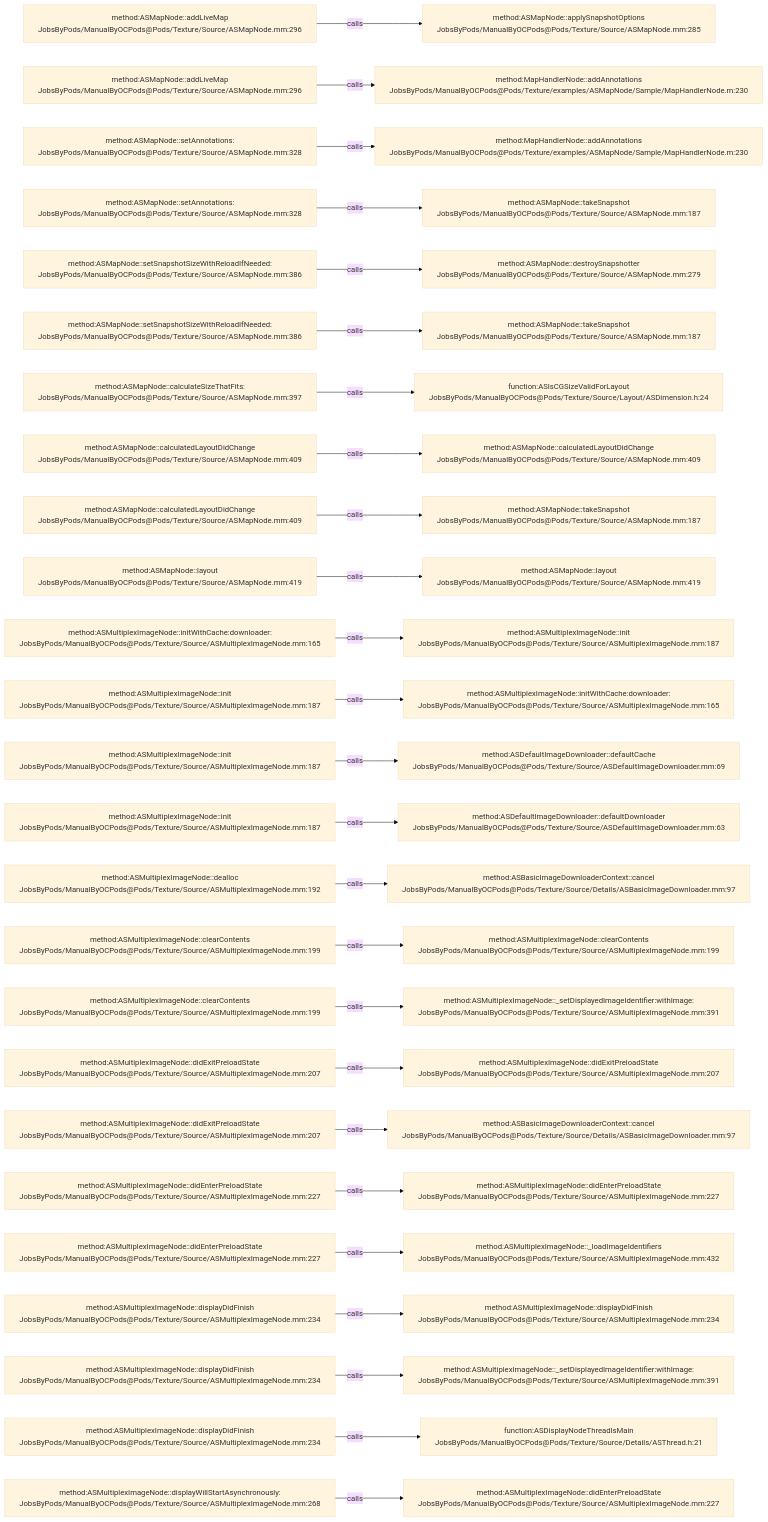
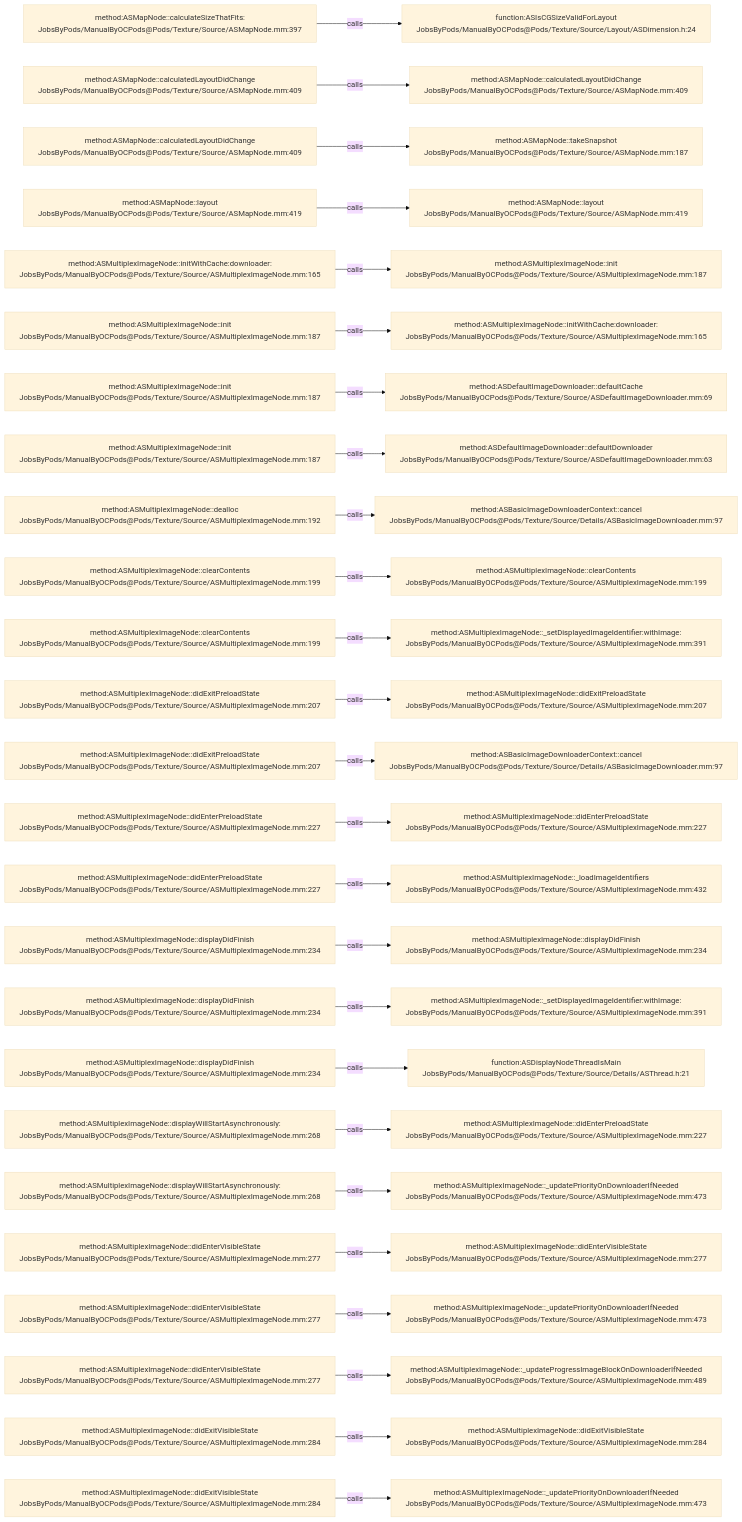
One commit to JobsKits/JobsOCBaseConfigDemo changed the diagram in .codegraph/codegraph.md/graphs/calls-106.md. Above: the diagram before and after it, drawn with Mermaid (base theme). The commit also changed 666 other files, not shown here.

````diff
--- a/.codegraph/codegraph.md/graphs/calls-106.md
+++ b/.codegraph/codegraph.md/graphs/calls-106.md
@@ -13,78 +13,78 @@
 ```mermaid
 flowchart LR
-  S1["method:ASMapNode::addLiveMap<br/>JobsByPods/ManualByOCPods@Pods/Texture/Source/ASMapNode.mm:296"]
-  T1["method:ASMapNode::applySnapshotOptions<br/>JobsByPods/ManualByOCPods@Pods/Texture/Source/ASMapNode.mm:285"]
+  S1["method:ASMapNode::calculateSizeThatFits:<br/>JobsByPods/ManualByOCPods@Pods/Texture/Source/ASMapNode.mm:397"]
+  T1["function:ASIsCGSizeValidForLayout<br/>JobsByPods/ManualByOCPods@Pods/Texture/Source/Layout/ASDimension.h:24"]
   S1 -->|calls| T1
-  S2["method:ASMapNode::addLiveMap<br/>JobsByPods/ManualByOCPods@Pods/Texture/Source/ASMapNode.mm:296"]
-  T2["method:MapHandlerNode::addAnnotations<br/>JobsByPods/ManualByOCPods@Pods/Texture/examples/ASMapNode/Sample/MapHandlerNode.m:230"]
+  S2["method:ASMapNode::calculatedLayoutDidChange<br/>JobsByPods/ManualByOCPods@Pods/Texture/Source/ASMapNode.mm:409"]
+  T2["method:ASMapNode::calculatedLayoutDidChange<br/>JobsByPods/ManualByOCPods@Pods/Texture/Source/ASMapNode.mm:409"]
   S2 -->|calls| T2
-  S3["method:ASMapNode::setAnnotations:<br/>JobsByPods/ManualByOCPods@Pods/Texture/Source/ASMapNode.mm:328"]
-  T3["method:MapHandlerNode::addAnnotations<br/>JobsByPods/ManualByOCPods@Pods/Texture/examples/ASMapNode/Sample/MapHandlerNode.m:230"]
+  S3["method:ASMapNode::calculatedLayoutDidChange<br/>JobsByPods/ManualByOCPods@Pods/Texture/Source/ASMapNode.mm:409"]
+  T3["method:ASMapNode::takeSnapshot<br/>JobsByPods/ManualByOCPods@Pods/Texture/Source/ASMapNode.mm:187"]
   S3 -->|calls| T3
-  S4["method:ASMapNode::setAnnotations:<br/>JobsByPods/ManualByOCPods@Pods/Texture/Source/ASMapNode.mm:328"]
-  T4["method:ASMapNode::takeSnapshot<br/>JobsByPods/ManualByOCPods@Pods/Texture/Source/ASMapNode.mm:187"]
+  S4["method:ASMapNode::layout<br/>JobsByPods/ManualByOCPods@Pods/Texture/Source/ASMapNode.mm:419"]
+  T4["method:ASMapNode::layout<br/>JobsByPods/ManualByOCPods@Pods/Texture/Source/ASMapNode.mm:419"]
   S4 -->|calls| T4
-  S5["method:ASMapNode::setSnapshotSizeWithReloadIfNeeded:<br/>JobsByPods/ManualByOCPods@Pods/Texture/Source/ASMapNode.mm:386"]
-  T5["method:ASMapNode::destroySnapshotter<br/>JobsByPods/ManualByOCPods@Pods/Texture/Source/ASMapNode.mm:279"]
+  S5["method:ASMultiplexImageNode::initWithCache:downloader:<br/>JobsByPods/ManualByOCPods@Pods/Texture/Source/ASMultiplexImageNode.mm:165"]
+  T5["method:ASMultiplexImageNode::init<br/>JobsByPods/ManualByOCPods@Pods/Texture/Source/ASMultiplexImageNode.mm:187"]
   S5 -->|calls| T5
-  S6["method:ASMapNode::setSnapshotSizeWithReloadIfNeeded:<br/>JobsByPods/ManualByOCPods@Pods/Texture/Source/ASMapNode.mm:386"]
-  T6["method:ASMapNode::takeSnapshot<br/>JobsByPods/ManualByOCPods@Pods/Texture/Source/ASMapNode.mm:187"]
+  S6["method:ASMultiplexImageNode::init<br/>JobsByPods/ManualByOCPods@Pods/Texture/Source/ASMultiplexImageNode.mm:187"]
+  T6["method:ASMultiplexImageNode::initWithCache:downloader:<br/>JobsByPods/ManualByOCPods@Pods/Texture/Source/ASMultiplexImageNode.mm:165"]
   S6 -->|calls| T6
-  S7["method:ASMapNode::calculateSizeThatFits:<br/>JobsByPods/ManualByOCPods@Pods/Texture/Source/ASMapNode.mm:397"]
-  T7["function:ASIsCGSizeValidForLayout<br/>JobsByPods/ManualByOCPods@Pods/Texture/Source/Layout/ASDimension.h:24"]
+  S7["method:ASMultiplexImageNode::init<br/>JobsByPods/ManualByOCPods@Pods/Texture/Source/ASMultiplexImageNode.mm:187"]
+  T7["method:ASDefaultImageDownloader::defaultCache<br/>JobsByPods/ManualByOCPods@Pods/Texture/Source/ASDefaultImageDownloader.mm:69"]
   S7 -->|calls| T7
-  S8["method:ASMapNode::calculatedLayoutDidChange<br/>JobsByPods/ManualByOCPods@Pods/Texture/Source/ASMapNode.mm:409"]
-  T8["method:ASMapNode::calculatedLayoutDidChange<br/>JobsByPods/ManualByOCPods@Pods/Texture/Source/ASMapNode.mm:409"]
+  S8["method:ASMultiplexImageNode::init<br/>JobsByPods/ManualByOCPods@Pods/Texture/Source/ASMultiplexImageNode.mm:187"]
+  T8["method:ASDefaultImageDownloader::defaultDownloader<br/>JobsByPods/ManualByOCPods@Pods/Texture/Source/ASDefaultImageDownloader.mm:63"]
   S8 -->|calls| T8
-  S9["method:ASMapNode::calculatedLayoutDidChange<br/>JobsByPods/ManualByOCPods@Pods/Texture/Source/ASMapNode.mm:409"]
-  T9["method:ASMapNode::takeSnapshot<br/>JobsByPods/ManualByOCPods@Pods/Texture/Source/ASMapNode.mm:187"]
+  S9["method:ASMultiplexImageNode::dealloc<br/>JobsByPods/ManualByOCPods@Pods/Texture/Source/ASMultiplexImageNode.mm:192"]
+  T9["method:ASBasicImageDownloaderContext::cancel<br/>JobsByPods/ManualByOCPods@Pods/Texture/Source/Details/ASBasicImageDownloader.mm:97"]
   S9 -->|calls| T9
-  S10["method:ASMapNode::layout<br/>JobsByPods/ManualByOCPods@Pods/Texture/Source/ASMapNode.mm:419"]
-  T10["method:ASMapNode::layout<br/>JobsByPods/ManualByOCPods@Pods/Texture/Source/ASMapNode.mm:419"]
+  S10["method:ASMultiplexImageNode::clearContents<br/>JobsByPods/ManualByOCPods@Pods/Texture/Source/ASMultiplexImageNode.mm:199"]
+  T10["method:ASMultiplexImageNode::clearContents<br/>JobsByPods/ManualByOCPods@Pods/Texture/Source/ASMultiplexImageNode.mm:199"]
   S10 -->|calls| T10
-  S11["method:ASMultiplexImageNode::initWithCache:downloader:<br/>JobsByPods/ManualByOCPods@Pods/Texture/Source/ASMultiplexImageNode.mm:165"]
-  T11["method:ASMultiplexImageNode::init<br/>JobsByPods/ManualByOCPods@Pods/Texture/Source/ASMultiplexImageNode.mm:187"]
+  S11["method:ASMultiplexImageNode::clearContents<br/>JobsByPods/ManualByOCPods@Pods/Texture/Source/ASMultiplexImageNode.mm:199"]
+  T11["method:ASMultiplexImageNode::_setDisplayedImageIdentifier:withImage:<br/>JobsByPods/ManualByOCPods@Pods/Texture/Source/ASMultiplexImageNode.mm:391"]
   S11 -->|calls| T11
-  S12["method:ASMultiplexImageNode::init<br/>JobsByPods/ManualByOCPods@Pods/Texture/Source/ASMultiplexImageNode.mm:187"]
-  T12["method:ASMultiplexImageNode::initWithCache:downloader:<br/>JobsByPods/ManualByOCPods@Pods/Texture/Source/ASMultiplexImageNode.mm:165"]
+  S12["method:ASMultiplexImageNode::didExitPreloadState<br/>JobsByPods/ManualByOCPods@Pods/Texture/Source/ASMultiplexImageNode.mm:207"]
+  T12["method:ASMultiplexImageNode::didExitPreloadState<br/>JobsByPods/ManualByOCPods@Pods/Texture/Source/ASMultiplexImageNode.mm:207"]
   S12 -->|calls| T12
-  S13["method:ASMultiplexImageNode::init<br/>JobsByPods/ManualByOCPods@Pods/Texture/Source/ASMultiplexImageNode.mm:187"]
-  T13["method:ASDefaultImageDownloader::defaultCache<br/>JobsByPods/ManualByOCPods@Pods/Texture/Source/ASDefaultImageDownloader.mm:69"]
+  S13["method:ASMultiplexImageNode::didExitPreloadState<br/>JobsByPods/ManualByOCPods@Pods/Texture/Source/ASMultiplexImageNode.mm:207"]
+  T13["method:ASBasicImageDownloaderContext::cancel<br/>JobsByPods/ManualByOCPods@Pods/Texture/Source/Details/ASBasicImageDownloader.mm:97"]
   S13 -->|calls| T13
-  S14["method:ASMultiplexImageNode::init<br/>JobsByPods/ManualByOCPods@Pods/Texture/Source/ASMultiplexImageNode.mm:187"]
-  T14["method:ASDefaultImageDownloader::defaultDownloader<br/>JobsByPods/ManualByOCPods@Pods/Texture/Source/ASDefaultImageDownloader.mm:63"]
+  S14["method:ASMultiplexImageNode::didEnterPreloadState<br/>JobsByPods/ManualByOCPods@Pods/Texture/Source/ASMultiplexImageNode.mm:227"]
+  T14["method:ASMultiplexImageNode::didEnterPreloadState<br/>JobsByPods/ManualByOCPods@Pods/Texture/Source/ASMultiplexImageNode.mm:227"]
   S14 -->|calls| T14
-  S15["method:ASMultiplexImageNode::dealloc<br/>JobsByPods/ManualByOCPods@Pods/Texture/Source/ASMultiplexImageNode.mm:192"]
-  T15["method:ASBasicImageDownloaderContext::cancel<br/>JobsByPods/ManualByOCPods@Pods/Texture/Source/Details/ASBasicImageDownloader.mm:97"]
+  S15["method:ASMultiplexImageNode::didEnterPreloadState<br/>JobsByPods/ManualByOCPods@Pods/Texture/Source/ASMultiplexImageNode.mm:227"]
+  T15["method:ASMultiplexImageNode::_loadImageIdentifiers<br/>JobsByPods/ManualByOCPods@Pods/Texture/Source/ASMultiplexImageNode.mm:432"]
   S15 -->|calls| T15
-  S16["method:ASMultiplexImageNode::clearContents<br/>JobsByPods/ManualByOCPods@Pods/Texture/Source/ASMultiplexImageNode.mm:199"]
-  T16["method:ASMultiplexImageNode::clearContents<br/>JobsByPods/ManualByOCPods@Pods/Texture/Source/ASMultiplexImageNode.mm:199"]
+  S16["method:ASMultiplexImageNode::displayDidFinish<br/>JobsByPods/ManualByOCPods@Pods/Texture/Source/ASMultiplexImageNode.mm:234"]
+  T16["method:ASMultiplexImageNode::displayDidFinish<br/>JobsByPods/ManualByOCPods@Pods/Texture/Source/ASMultiplexImageNode.mm:234"]
   S16 -->|calls| T16
-  S17["method:ASMultiplexImageNode::clearContents<br/>JobsByPods/ManualByOCPods@Pods/Texture/Source/ASMultiplexImageNode.mm:199"]
+  S17["method:ASMultiplexImageNode::displayDidFinish<br/>JobsByPods/ManualByOCPods@Pods/Texture/Source/ASMultiplexImageNode.mm:234"]
   T17["method:ASMultiplexImageNode::_setDisplayedImageIdentifier:withImage:<br/>JobsByPods/ManualByOCPods@Pods/Texture/Source/ASMultiplexImageNode.mm:391"]
   S17 -->|calls| T17
-  S18["method:ASMultiplexImageNode::didExitPreloadState<br/>JobsByPods/ManualByOCPods@Pods/Texture/Source/ASMultiplexImageNode.mm:207"]
-  T18["method:ASMultiplexImageNode::didExitPreloadState<br/>JobsByPods/ManualByOCPods@Pods/Texture/Source/ASMultiplexImageNode.mm:207"]
+  S18["method:ASMultiplexImageNode::displayDidFinish<br/>JobsByPods/ManualByOCPods@Pods/Texture/Source/ASMultiplexImageNode.mm:234"]
+  T18["function:ASDisplayNodeThreadIsMain<br/>JobsByPods/ManualByOCPods@Pods/Texture/Source/Details/ASThread.h:21"]
   S18 -->|calls| T18
-  S19["method:ASMultiplexImageNode::didExitPreloadState<br/>JobsByPods/ManualByOCPods@Pods/Texture/Source/ASMultiplexImageNode.mm:207"]
-  T19["method:ASBasicImageDownloaderContext::cancel<br/>JobsByPods/ManualByOCPods@Pods/Texture/Source/Details/ASBasicImageDownloader.mm:97"]
+  S19["method:ASMultiplexImageNode::displayWillStartAsynchronously:<br/>JobsByPods/ManualByOCPods@Pods/Texture/Source/ASMultiplexImageNode.mm:268"]
+  T19["method:ASMultiplexImageNode::didEnterPreloadState<br/>JobsByPods/ManualByOCPods@Pods/Texture/Source/ASMultiplexImageNode.mm:227"]
   S19 -->|calls| T19
-  S20["method:ASMultiplexImageNode::didEnterPreloadState<br/>JobsByPods/ManualByOCPods@Pods/Texture/Source/ASMultiplexImageNode.mm:227"]
-  T20["method:ASMultiplexImageNode::didEnterPreloadState<br/>JobsByPods/ManualByOCPods@Pods/Texture/Source/ASMultiplexImageNode.mm:227"]
+  S20["method:ASMultiplexImageNode::displayWillStartAsynchronously:<br/>JobsByPods/ManualByOCPods@Pods/Texture/Source/ASMultiplexImageNode.mm:268"]
+  T20["method:ASMultiplexImageNode::_updatePriorityOnDownloaderIfNeeded<br/>JobsByPods/ManualByOCPods@Pods/Texture/Source/ASMultiplexImageNode.mm:473"]
   S20 -->|calls| T20
-  S21["method:ASMultiplexImageNode::didEnterPreloadState<br/>JobsByPods/ManualByOCPods@Pods/Texture/Source/ASMultiplexImageNode.mm:227"]
-  T21["method:ASMultiplexImageNode::_loadImageIdentifiers<br/>JobsByPods/ManualByOCPods@Pods/Texture/Source/ASMultiplexImageNode.mm:432"]
+  S21["method:ASMultiplexImageNode::didEnterVisibleState<br/>JobsByPods/ManualByOCPods@Pods/Texture/Source/ASMultiplexImageNode.mm:277"]
+  T21["method:ASMultiplexImageNode::didEnterVisibleState<br/>JobsByPods/ManualByOCPods@Pods/Texture/Source/ASMultiplexImageNode.mm:277"]
   S21 -->|calls| T21
-  S22["method:ASMultiplexImageNode::displayDidFinish<br/>JobsByPods/ManualByOCPods@Pods/Texture/Source/ASMultiplexImageNode.mm:234"]
-  T22["method:ASMultiplexImageNode::displayDidFinish<br/>JobsByPods/ManualByOCPods@Pods/Texture/Source/ASMultiplexImageNode.mm:234"]
+  S22["method:ASMultiplexImageNode::didEnterVisibleState<br/>JobsByPods/ManualByOCPods@Pods/Texture/Source/ASMultiplexImageNode.mm:277"]
+  T22["method:ASMultiplexImageNode::_updatePriorityOnDownloaderIfNeeded<br/>JobsByPods/ManualByOCPods@Pods/Texture/Source/ASMultiplexImageNode.mm:473"]
   S22 -->|calls| T22
-  S23["method:ASMultiplexImageNode::displayDidFinish<br/>JobsByPods/ManualByOCPods@Pods/Texture/Source/ASMultiplexImageNode.mm:234"]
-  T23["method:ASMultiplexImageNode::_setDisplayedImageIdentifier:withImage:<br/>JobsByPods/ManualByOCPods@Pods/Texture/Source/ASMultiplexImageNode.mm:391"]
+  S23["method:ASMultiplexImageNode::didEnterVisibleState<br/>JobsByPods/ManualByOCPods@Pods/Texture/Source/ASMultiplexImageNode.mm:277"]
+  T23["method:ASMultiplexImageNode::_updateProgressImageBlockOnDownloaderIfNeeded<br/>JobsByPods/ManualByOCPods@Pods/Texture/Source/ASMultiplexImageNode.mm:489"]
   S23 -->|calls| T23
-  S24["method:ASMultiplexImageNode::displayDidFinish<br/>JobsByPods/ManualByOCPods@Pods/Texture/Source/ASMultiplexImageNode.mm:234"]
-  T24["function:ASDisplayNodeThreadIsMain<br/>JobsByPods/ManualByOCPods@Pods/Texture/Source/Details/ASThread.h:21"]
+  S24["method:ASMultiplexImageNode::didExitVisibleState<br/>JobsByPods/ManualByOCPods@Pods/Texture/Source/ASMultiplexImageNode.mm:284"]
+  T24["method:ASMultiplexImageNode::didExitVisibleState<br/>JobsByPods/ManualByOCPods@Pods/Texture/Source/ASMultiplexImageNode.mm:284"]
   S24 -->|calls| T24
-  S25["method:ASMultiplexImageNode::displayWillStartAsynchronously:<br/>JobsByPods/ManualByOCPods@Pods/Texture/Source/ASMultiplexImageNode.mm:268"]
-  T25["method:ASMultiplexImageNode::didEnterPreloadState<br/>JobsByPods/ManualByOCPods@Pods/Texture/Source/ASMultiplexImageNode.mm:227"]
+  S25["method:ASMultiplexImageNode::didExitVisibleState<br/>JobsByPods/ManualByOCPods@Pods/Texture/Source/ASMultiplexImageNode.mm:284"]
+  T25["method:ASMultiplexImageNode::_updatePriorityOnDownloaderIfNeeded<br/>JobsByPods/ManualByOCPods@Pods/Texture/Source/ASMultiplexImageNode.mm:473"]
   S25 -->|calls| T25
 ```
````
